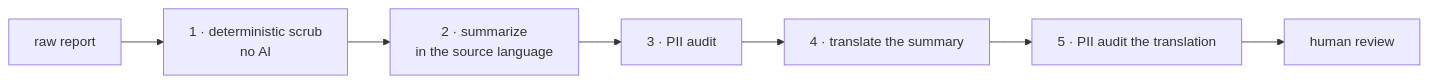
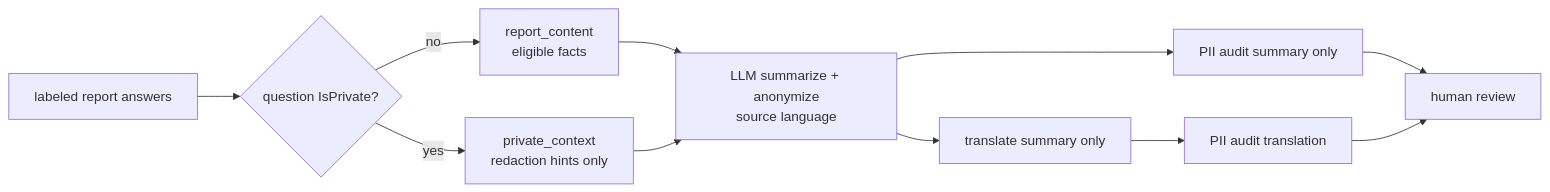
Before and after one commit to HPAC-Safety/safety-report: the second of 3 diagrams in README.md, drawn with Mermaid. The commit also changed other lines of this file and 117 other files, not shown here.

First line of the commit message:
Replace deterministic scrubbing with immutable question privacy (#73)

````diff
--- a/README.md
+++ b/README.md
@@ -43,9 +43,13 @@
 ```mermaid
 flowchart LR
-    raw["raw report"] --> s1["1 · deterministic scrub<br/>no AI"]
-    s1 --> s2["2 · summarize<br/>in the source language"]
-    s2 --> s3["3 · PII audit"]
-    s3 --> s4["4 · translate the summary"]
-    s4 --> s5["5 · PII audit the translation"]
-    s5 --> h["human review"]
+    answers["labeled report answers"] --> split{"question IsPrivate?"}
+    split -->|no| content["report_content<br/>eligible facts"]
+    split -->|yes| context["private_context<br/>redaction hints only"]
+    content --> model["LLM summarize + anonymize<br/>source language"]
+    context --> model
+    model --> audit["PII audit summary only"]
+    model --> translate["translate summary only"]
+    translate --> audit2["PII audit translation"]
+    audit --> h["human review"]
+    audit2 --> h
 ```
````
